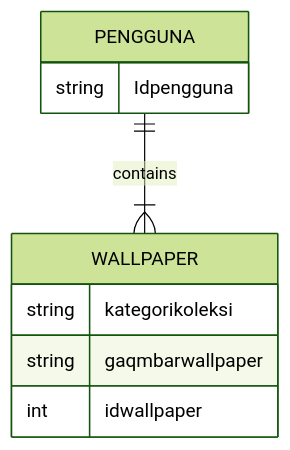
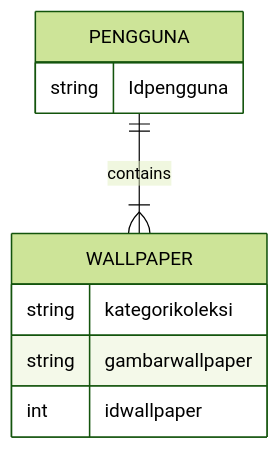
One commit to Naisilazia04/charmingweb changed the first of 2 diagrams in README.md. Above: the diagram before and after it, drawn with Mermaid (forest theme). The commit also changed other lines of this file, not shown here.

````diff
--- a/README.md
+++ b/README.md
@@ -65,13 +65,13 @@
 ```mermaid
 erDiagram
     PENGGUNA ||--|{ WALLPAPER :contains
     PENGGUNA {
         string Idpengguna
     }
     WALLPAPER {
         string kategorikoleksi
-        string gaqmbarwallpaper
+        string gambarwallpaper
         int idwallpaper
          }
 
 ```        
````
